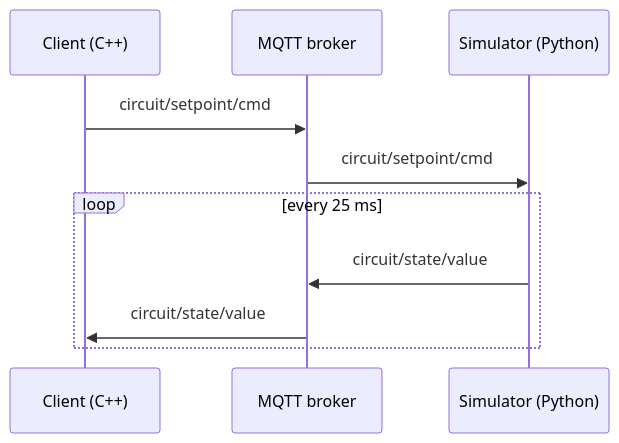
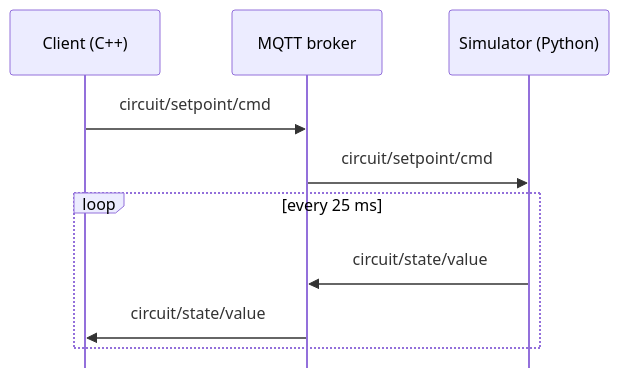
One commit to aleksanderboe/MQTTSim changed the diagram in README.md. Above: the diagram before and after it, drawn with Mermaid.

Commit message:
Update diagram

````diff
--- a/README.md
+++ b/README.md
@@ -9,13 +9,14 @@
 ```mermaid
+%%{init: {"sequence": {"mirrorActors": false}}}%%
 sequenceDiagram
     participant Client as Client (C++)
     participant Broker as MQTT broker
     participant Sim as Simulator (Python)
 
     Client->>Broker: circuit/setpoint/cmd
     Broker->>Sim: circuit/setpoint/cmd
     loop every 25 ms
         Sim->>Broker: circuit/state/value
         Broker->>Client: circuit/state/value
     end
 ```
````
